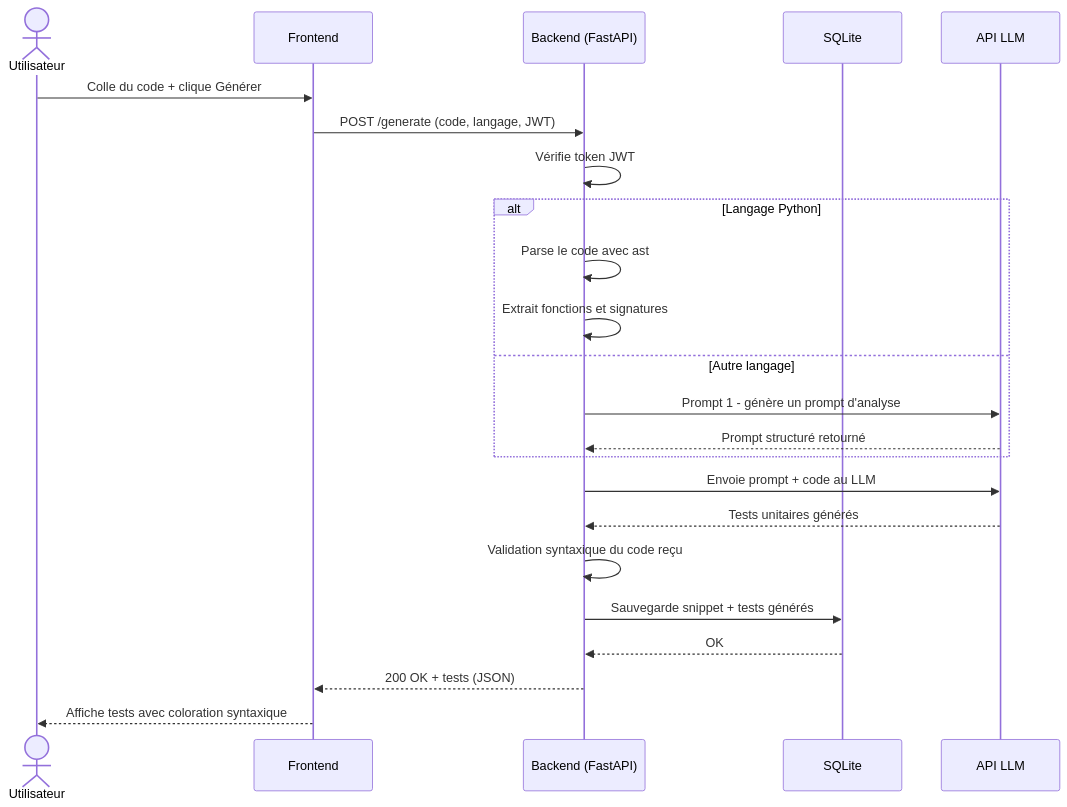
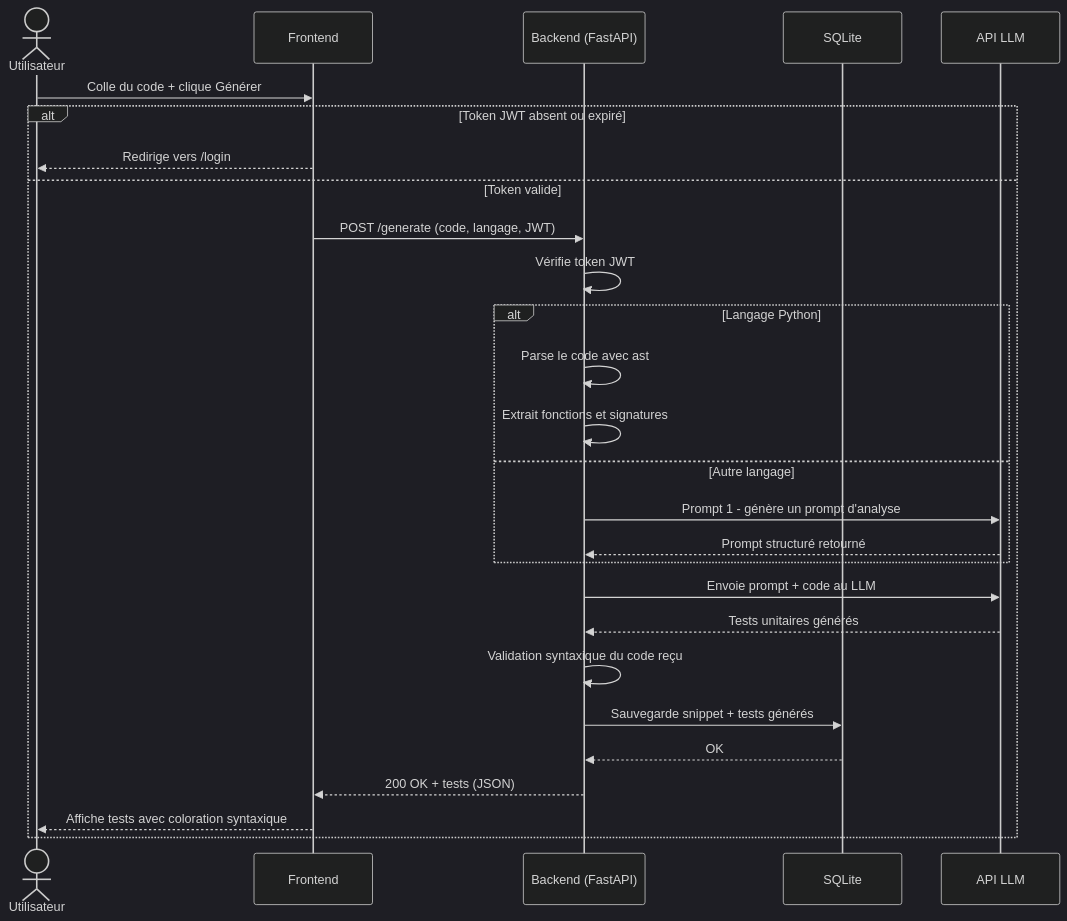
One commit to DaRKkem/TestGenAI changed the second of 3 diagrams in docs/SEQUENCES.md. Above: the diagram before and after it, drawn with Mermaid. The commit also changed other lines of this file, not shown here.

Commit message:
docs(sequences): update scenario 2 with JWT auth check and alt login flow

````diff
--- a/docs/SEQUENCES.md
+++ b/docs/SEQUENCES.md
@@ -23,28 +25,35 @@
 ```mermaid
+%%{init: {'theme': 'dark'}}%%
+
 sequenceDiagram
     actor Utilisateur
     participant Frontend
     participant Backend as Backend (FastAPI)
     participant SQLite
     participant LLM as API LLM
 
     Utilisateur->>Frontend: Colle du code + clique Générer
-    Frontend->>Backend: POST /generate (code, langage, JWT)
-    Backend->>Backend: Vérifie token JWT
 
-    alt Langage Python
-        Backend->>Backend: Parse le code avec ast
-        Backend->>Backend: Extrait fonctions et signatures
-    else Autre langage
-        Backend->>LLM: Prompt 1 - génère un prompt d'analyse
-        LLM-->>Backend: Prompt structuré retourné
+    alt Token JWT absent ou expiré
+        Frontend-->>Utilisateur: Redirige vers /login
+    else Token valide
+        Frontend->>Backend: POST /generate (code, langage, JWT)
+        Backend->>Backend: Vérifie token JWT
+
+        alt Langage Python
+            Backend->>Backend: Parse le code avec ast
+            Backend->>Backend: Extrait fonctions et signatures
+        else Autre langage
+            Backend->>LLM: Prompt 1 - génère un prompt d'analyse
+            LLM-->>Backend: Prompt structuré retourné
+        end
+
+        Backend->>LLM: Envoie prompt + code au LLM
+        LLM-->>Backend: Tests unitaires générés
+        Backend->>Backend: Validation syntaxique du code reçu
+        Backend->>SQLite: Sauvegarde snippet + tests générés
+        SQLite-->>Backend: OK
+        Backend-->>Frontend: 200 OK + tests (JSON)
+        Frontend-->>Utilisateur: Affiche tests avec coloration syntaxique
     end
-
-    Backend->>LLM: Envoie prompt + code au LLM
-    LLM-->>Backend: Tests unitaires générés
-    Backend->>Backend: Validation syntaxique du code reçu
-    Backend->>SQLite: Sauvegarde snippet + tests générés
-    SQLite-->>Backend: OK
-    Backend-->>Frontend: 200 OK + tests (JSON)
-    Frontend-->>Utilisateur: Affiche tests avec coloration syntaxique
 ```
````
